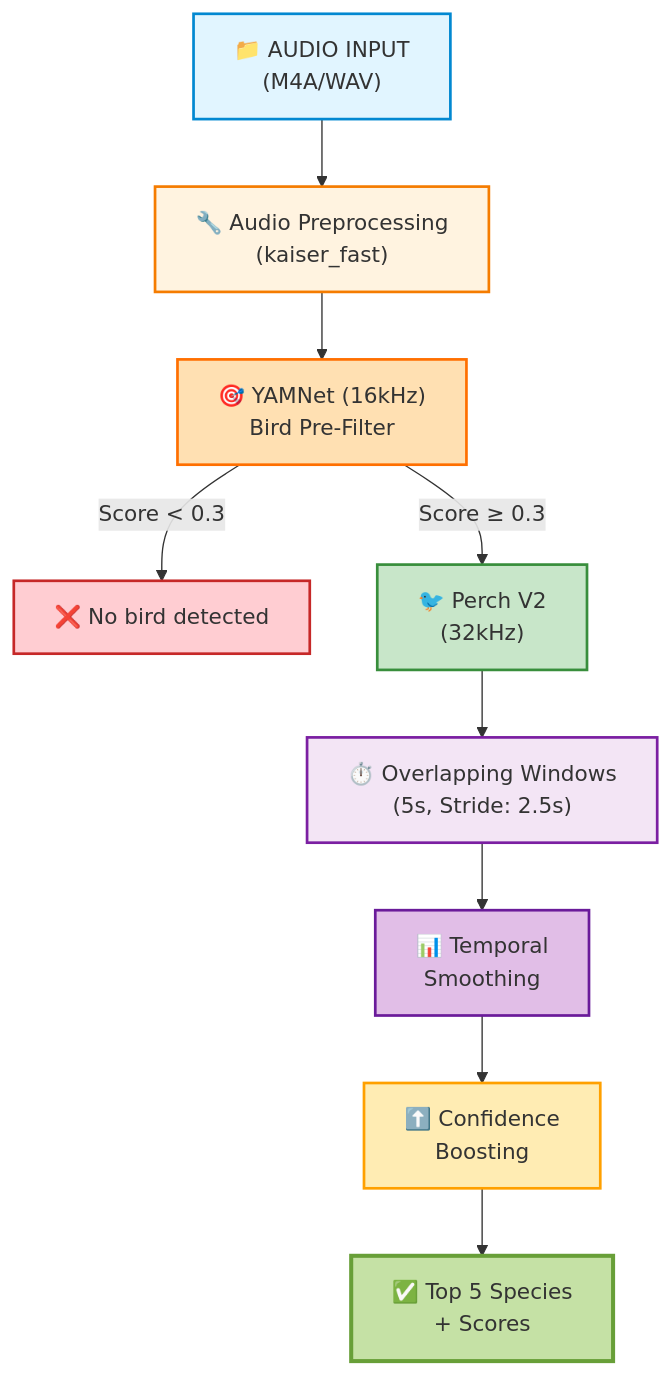
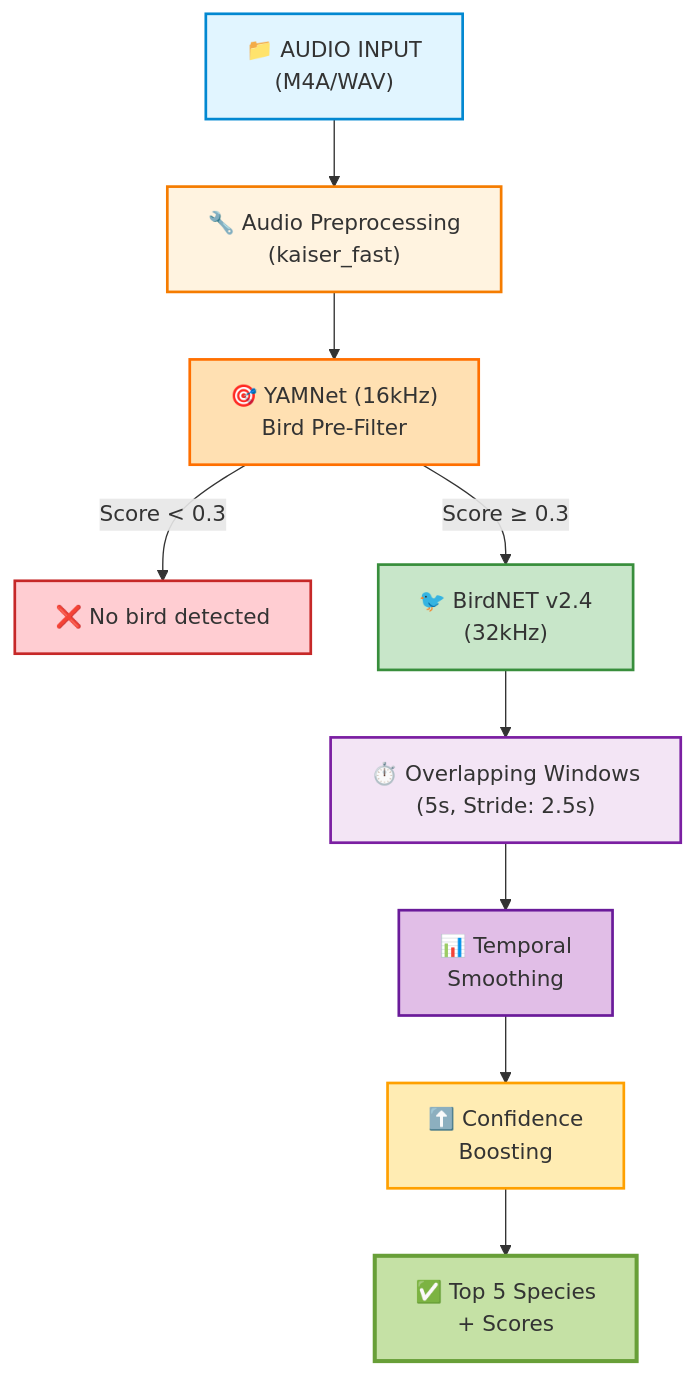
One commit to project-soundscape/soundscape-ai changed diagram 12 of 13 in COMPREHENSIVE_DOCUMENTATION.md. Above: the diagram before and after it, drawn with Mermaid. The commit also changed other lines of this file, not shown here.

````diff
--- a/COMPREHENSIVE_DOCUMENTATION.md
+++ b/COMPREHENSIVE_DOCUMENTATION.md
@@ -1710,31 +1710,31 @@
 ```mermaid
 flowchart TB
     A["📁 AUDIO INPUT<br/>(M4A/WAV)"]
     B["🔧 Audio Preprocessing<br/>(kaiser_fast)"]
     C["🎯 YAMNet (16kHz)<br/>Bird Pre-Filter"]
     D["❌ No bird detected"]
-    E["🐦 Perch V2<br/>(32kHz)"]
+    E["🐦 BirdNET v2.4<br/>(32kHz)"]
     F["⏱️ Overlapping Windows<br/>(5s, Stride: 2.5s)"]
     G["📊 Temporal<br/>Smoothing"]
     H["⬆️ Confidence<br/>Boosting"]
     I["✅ Top 5 Species<br/>+ Scores"]
     
     A --> B
     B --> C
     C -->|"Score < 0.3"| D
     C -->|"Score ≥ 0.3"| E
     E --> F
     F --> G
     G --> H
     H --> I
     
     style A fill:#e1f5ff,stroke:#0288d1,stroke-width:2px
     style B fill:#fff3e0,stroke:#f57c00,stroke-width:2px
     style C fill:#ffe0b2,stroke:#ff6f00,stroke-width:2px
     style D fill:#ffcdd2,stroke:#c62828,stroke-width:2px
     style E fill:#c8e6c9,stroke:#388e3c,stroke-width:2px
     style F fill:#f3e5f5,stroke:#7b1fa2,stroke-width:2px
     style G fill:#e1bee7,stroke:#6a1b9a,stroke-width:2px
     style H fill:#ffecb3,stroke:#ffa000,stroke-width:2px
     style I fill:#c5e1a5,stroke:#689f38,stroke-width:3px
 ```
````
